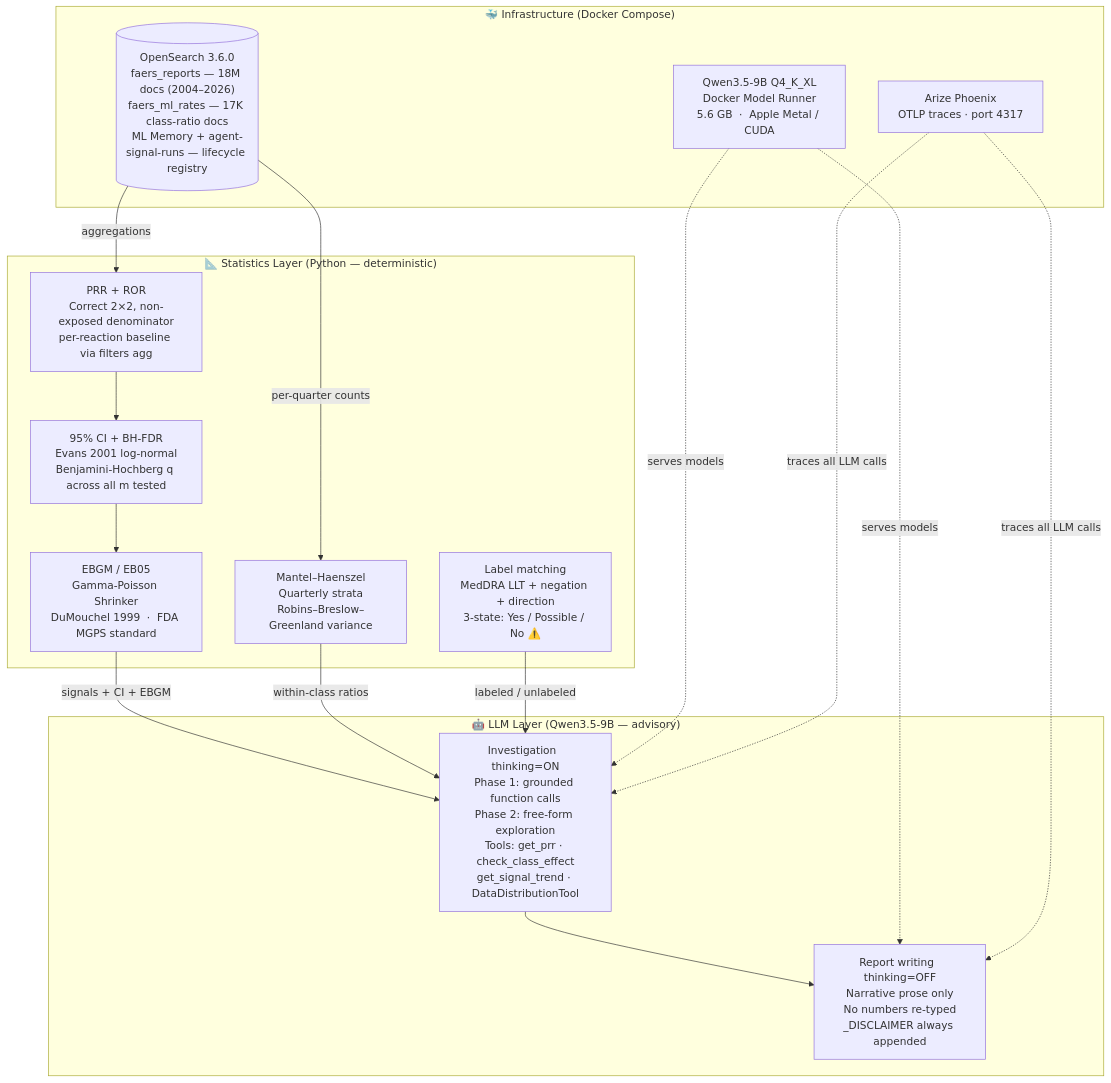
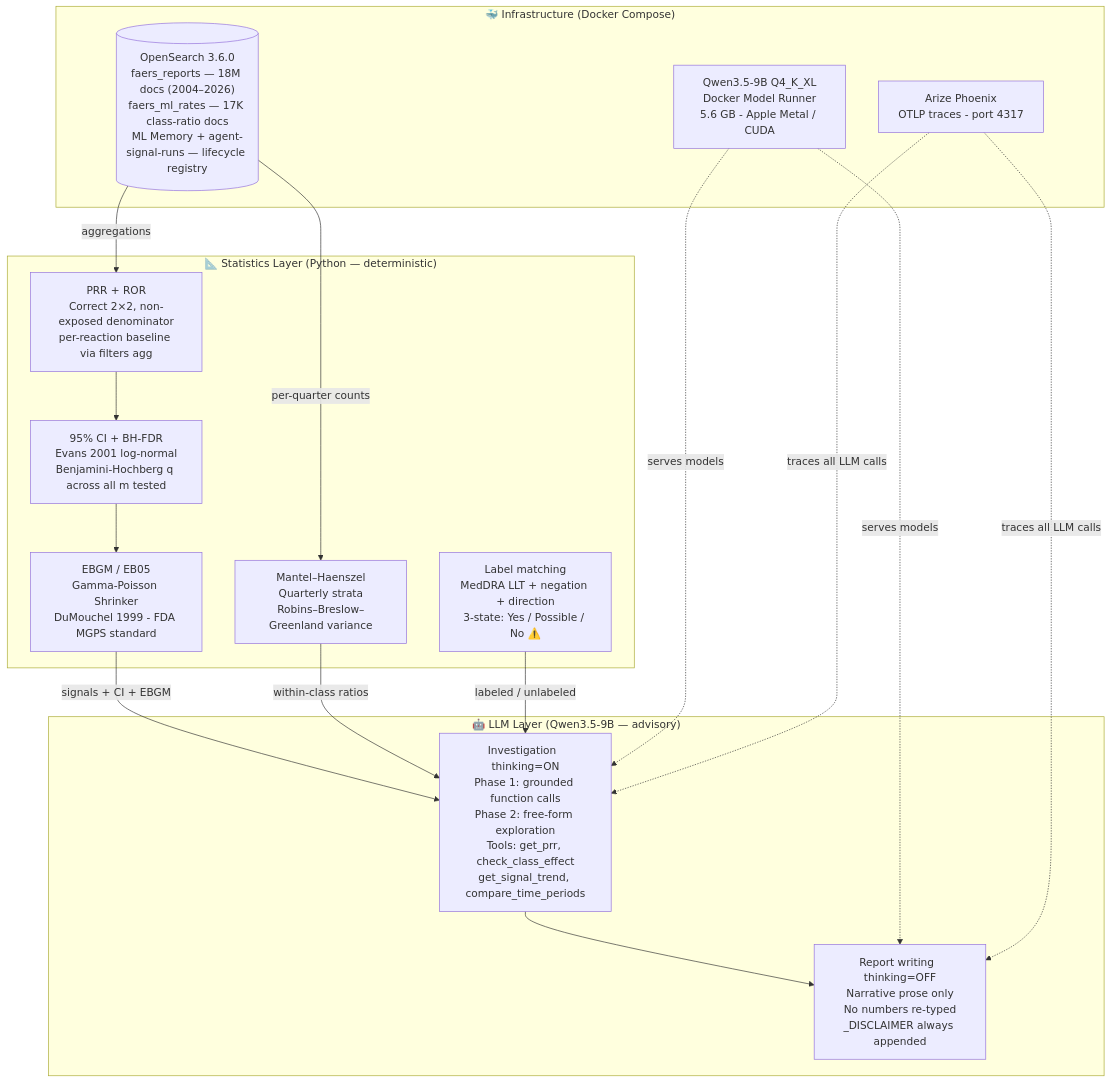
The second of 4 diagrams in README.md (al-Zamakhshari/drug-safety-signal-agent), drawn with Mermaid before and after one commit. The commit also changed other lines of this file, not shown here.

First line of the commit message:
Fix all Mermaid diagram parse errors in README

````diff
--- a/README.md
+++ b/README.md
@@ -113,31 +113,31 @@
 ```mermaid
 flowchart TB
     subgraph INFRA["🐳 Infrastructure  (Docker Compose)"]
         OS[("OpenSearch 3.6.0\nfaers_reports — 18M docs (2004–2026)\nfaers_ml_rates — 17K class-ratio docs\nML Memory + agent-signal-runs — lifecycle registry")]
-        QW["Qwen3.5-9B Q4_K_XL\nDocker Model Runner\n5.6 GB  ·  Apple Metal / CUDA"]
-        PX["Arize Phoenix\nOTLP traces  ·  port 4317"]
+        QW["Qwen3.5-9B Q4_K_XL\nDocker Model Runner\n5.6 GB - Apple Metal / CUDA"]
+        PX["Arize Phoenix\nOTLP traces - port 4317"]
     end
 
     subgraph STATS["📐 Statistics Layer  (Python — deterministic)"]
         P1["PRR + ROR\nCorrect 2×2, non-exposed denominator\nper-reaction baseline via filters agg"]
         P2["95% CI + BH-FDR\nEvans 2001 log-normal\nBenjamini-Hochberg q across all m tested"]
-        P3["EBGM / EB05\nGamma-Poisson Shrinker\nDuMouchel 1999  ·  FDA MGPS standard"]
+        P3["EBGM / EB05\nGamma-Poisson Shrinker\nDuMouchel 1999 - FDA MGPS standard"]
         P4["Mantel–Haenszel\nQuarterly strata\nRobins–Breslow–Greenland variance"]
         P5["Label matching\nMedDRA LLT + negation + direction\n3-state: Yes / Possible / No ⚠️"]
     end
 
     subgraph LLM_LAYER["🤖 LLM Layer  (Qwen3.5-9B — advisory)"]
-        L1["Investigation  thinking=ON\nPhase 1: grounded function calls\nPhase 2: free-form exploration\nTools: get_prr · check_class_effect\nget_signal_trend · DataDistributionTool"]
+        L1["Investigation  thinking=ON\nPhase 1: grounded function calls\nPhase 2: free-form exploration\nTools: get_prr, check_class_effect\nget_signal_trend, compare_time_periods"]
         L2["Report writing  thinking=OFF\nNarrative prose only\nNo numbers re-typed\n_DISCLAIMER always appended"]
     end
 
     OS -->|aggregations| P1
     OS -->|per-quarter counts| P4
     P1 --> P2 --> P3
     P3 -->|signals + CI + EBGM| L1
     P4 -->|within-class ratios| L1
     P5 -->|labeled / unlabeled| L1
     L1 --> L2
     QW -.->|serves models| L1 & L2
     PX -.->|traces all LLM calls| L1 & L2
 ```
````
